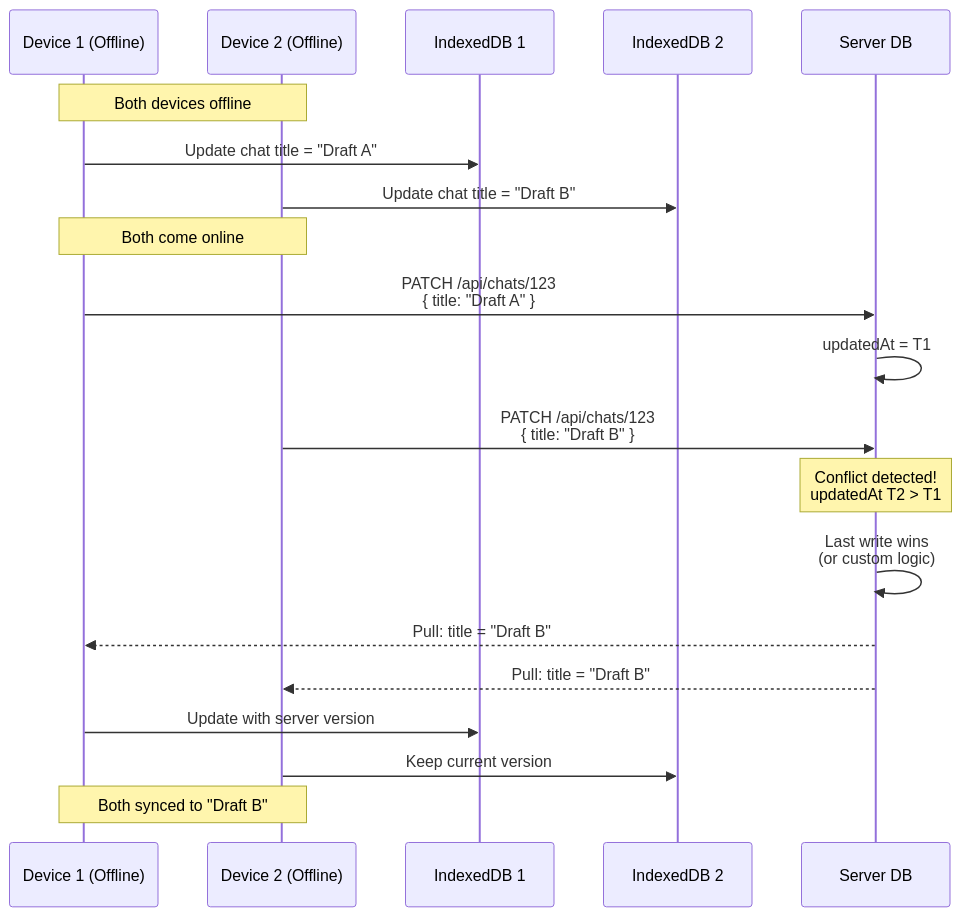
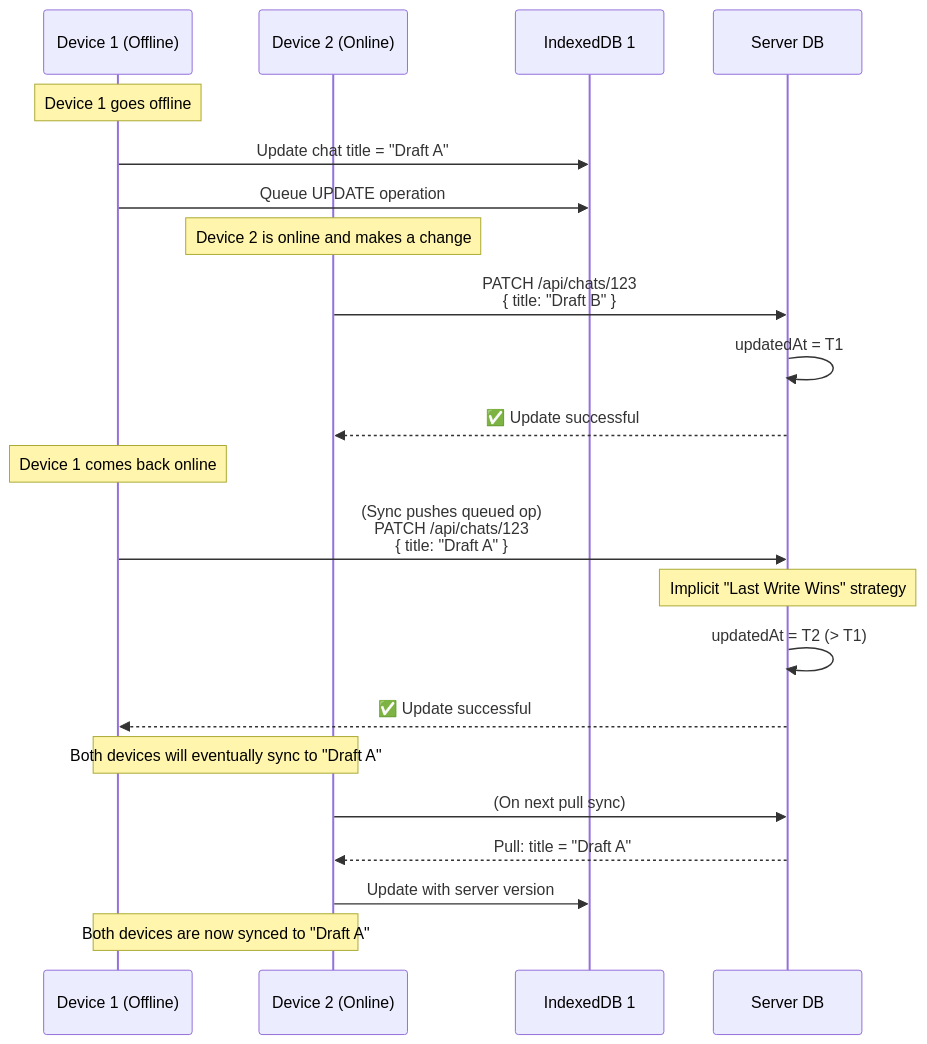
Before and after one commit to m1981/mychat-svelte: the fifth of 5 diagrams in doc/specs/3-flows.md, drawn with Mermaid. The commit also changed other lines of this file, not shown here.

Commit message:
ref: update local-db.ts references in flows

````diff
--- a/doc/specs/3-flows.md
+++ b/doc/specs/3-flows.md
@@ -167,30 +164,30 @@
 ```mermaid
 sequenceDiagram
     participant Device1 as Device 1 (Offline)
-    participant Device2 as Device 2 (Offline)
+    participant Device2 as Device 2 (Online)
     participant IDB1 as IndexedDB 1
-    participant IDB2 as IndexedDB 2
     participant Server as Server DB
     
-    Note over Device1,Device2: Both devices offline
+    Note over Device1: Device 1 goes offline
+    Device1->>IDB1: Update chat title = "Draft A"
+    Device1->>IDB1: Queue UPDATE operation
     
-    Device1->>IDB1: Update chat title = "Draft A"
-    Device2->>IDB2: Update chat title = "Draft B"
+    Note over Device2: Device 2 is online and makes a change
+    Device2->>Server: PATCH /api/chats/123<br/>{ title: "Draft B" }
+    Server->>Server: updatedAt = T1
+    Server-->>Device2: ✅ Update successful
     
-    Note over Device1,Device2: Both come online
+    Note over Device1: Device 1 comes back online
+    Device1->>Server: (Sync pushes queued op)<br/>PATCH /api/chats/123<br/>{ title: "Draft A" }
     
-    Device1->>Server: PATCH /api/chats/123<br/>{ title: "Draft A" }
-    Server->>Server: updatedAt = T1
+    Note over Server: Implicit "Last Write Wins" strategy
+    Server->>Server: updatedAt = T2 (> T1)
+    Server-->>Device1: ✅ Update successful
     
-    Device2->>Server: PATCH /api/chats/123<br/>{ title: "Draft B" }
-    Note over Server: Conflict detected!<br/>updatedAt T2 > T1
-    Server->>Server: Last write wins<br/>(or custom logic)
+    Note over Device1, Device2: Both devices will eventually sync to "Draft A"
+    Device2->>Server: (On next pull sync)
+    Server-->>Device2: Pull: title = "Draft A"
+    Device2->>IDB1: Update with server version
     
-    Server-->>Device1: Pull: title = "Draft B"
-    Server-->>Device2: Pull: title = "Draft B"
-    
-    Device1->>IDB1: Update with server version
-    Device2->>IDB2: Keep current version
-    
-    Note over Device1,Device2: Both synced to "Draft B"
+    Note over Device1,Device2: Both devices are now synced to "Draft A"
 ```
````
